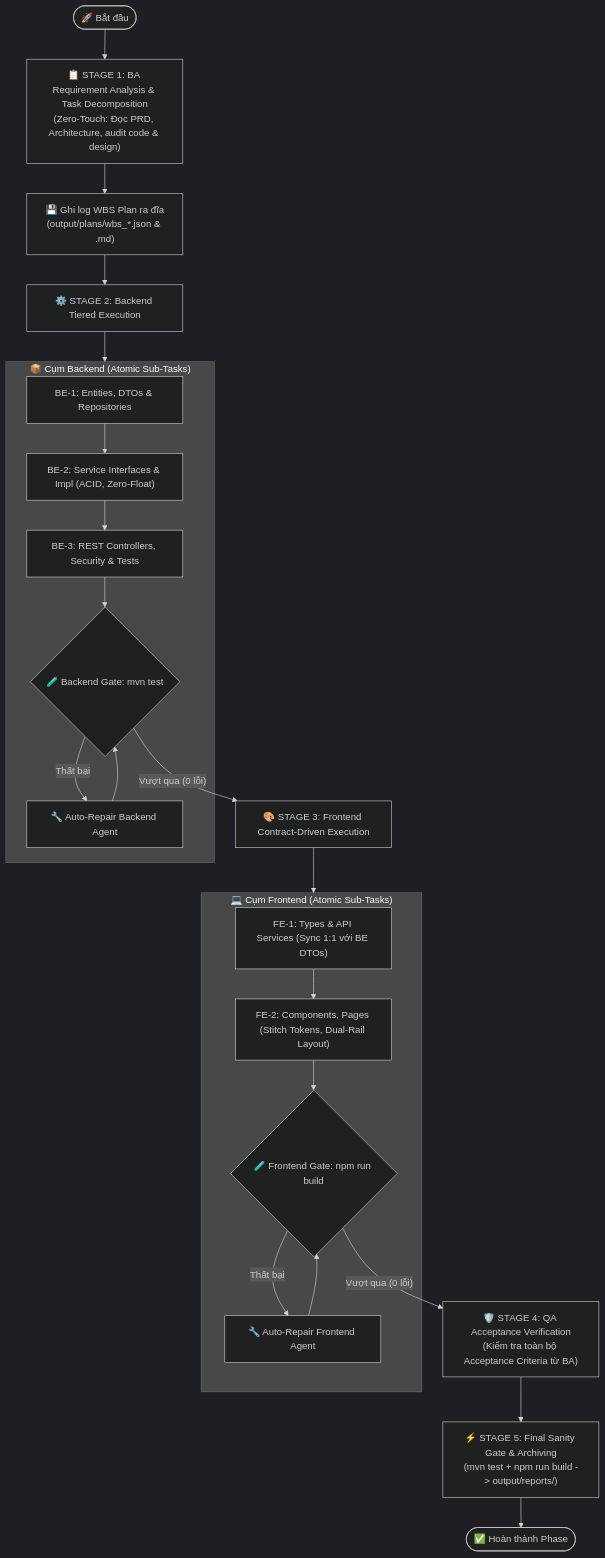
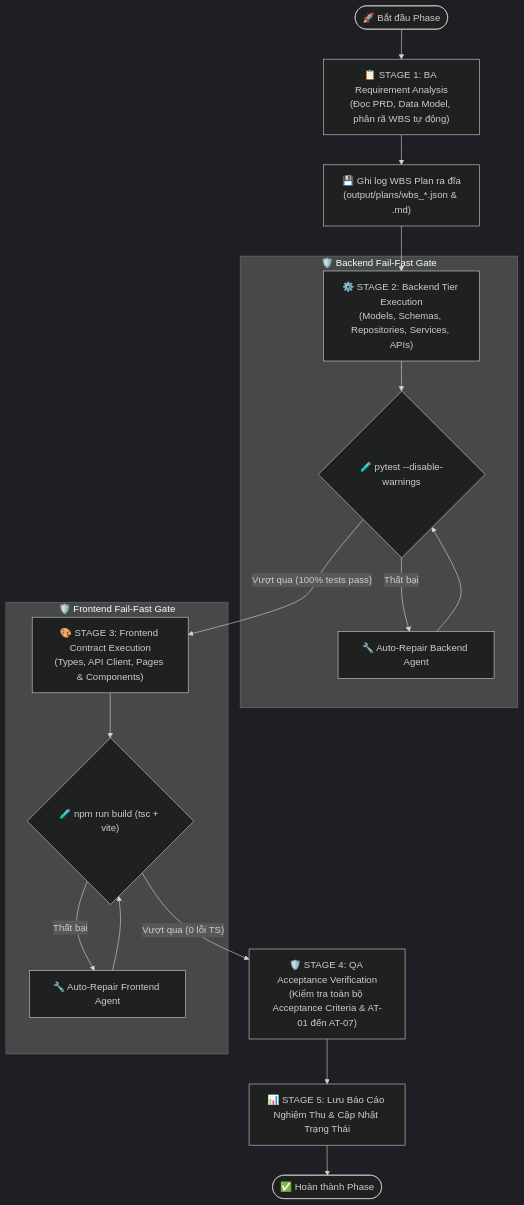
Before and after one commit to Minnut225/CrewAI-Web-builder-v2: the diagram in README.md, drawn with Mermaid (dark theme). The commit also changed other lines of this file, not shown here.

````diff
--- a/README.md
+++ b/README.md
@@ -22,32 +38,26 @@
 ```mermaid
 flowchart TD
-    Start(["🚀 Bắt đầu"]) --> Stage1["📋 STAGE 1: BA Requirement Analysis & Task Decomposition<br/>(Zero-Touch: Đọc PRD, Architecture, audit code & design)"]
+    Start(["🚀 Bắt đầu Phase"]) --> Stage1["📋 STAGE 1: BA Requirement Analysis<br/>(Đọc PRD, Data Model, phân rã WBS tự động)"]
     
     Stage1 --> LogPlan["💾 Ghi log WBS Plan ra đĩa<br/>(output/plans/wbs_*.json & .md)"]
     
-    LogPlan --> Stage2["⚙️ STAGE 2: Backend Tiered Execution"]
+    LogPlan --> Stage2["⚙️ STAGE 2: Backend Tier Execution<br/>(Models, Schemas, Repositories, Services, APIs)"]
     
-    subgraph Backend_Loop ["📦 Cụm Backend (Atomic Sub-Tasks)"]
-        BE1["BE-1: Entities, DTOs & Repositories"] --> BE2["BE-2: Service Interfaces & Impl (ACID, Zero-Float)"]
-        BE2 --> BE3["BE-3: REST Controllers, Security & Tests"]
-        BE3 --> BE_Gate{"🧪 Backend Gate: mvn test"}
-        BE_Gate -- "Thất bại" --> BE_Repair["🔧 Auto-Repair Backend Agent"]
-        BE_Repair --> BE_Gate
+    subgraph Backend_Gate ["🛡️ Backend Fail-Fast Gate"]
+        Stage2 --> BE_Test{"🧪 pytest --disable-warnings"}
+        BE_Test -- "Thất bại" --> BE_Repair["🔧 Auto-Repair Backend Agent"]
+        BE_Repair --> BE_Test
     end
     
-    Stage2 --> Backend_Loop
-    BE_Gate -- "Vượt qua (0 lỗi)" --> Stage3["🎨 STAGE 3: Frontend Contract-Driven Execution"]
+    BE_Test -- "Vượt qua (100% tests pass)" --> Stage3["🎨 STAGE 3: Frontend Contract Execution<br/>(Types, API Client, Pages & Components)"]
     
-    subgraph Frontend_Loop ["💻 Cụm Frontend (Atomic Sub-Tasks)"]
-        FE1["FE-1: Types & API Services (Sync 1:1 với BE DTOs)"] --> FE2["FE-2: Components, Pages (Stitch Tokens, Dual-Rail Layout)"]
-        FE2 --> FE_Gate{"🧪 Frontend Gate: npm run build"}
-        FE_Gate -- "Thất bại" --> FE_Repair["🔧 Auto-Repair Frontend Agent"]
-        FE_Repair --> FE_Gate
+    subgraph Frontend_Gate ["🛡️ Frontend Fail-Fast Gate"]
+        Stage3 --> FE_Build{"🧪 npm run build (tsc + vite)"}
+        FE_Build -- "Thất bại" --> FE_Repair["🔧 Auto-Repair Frontend Agent"]
+        FE_Repair --> FE_Build
     end
     
-    Stage3 --> Frontend_Loop
-    FE_Gate -- "Vượt qua (0 lỗi)" --> Stage4["🛡️ STAGE 4: QA Acceptance Verification<br/>(Kiểm tra toàn bộ Acceptance Criteria từ BA)"]
-    
-    Stage4 --> Stage5["⚡ STAGE 5: Final Sanity Gate & Archiving<br/>(mvn test + npm run build -> output/reports/)"]
+    FE_Build -- "Vượt qua (0 lỗi TS)" --> Stage4["🛡️ STAGE 4: QA Acceptance Verification<br/>(Kiểm tra toàn bộ Acceptance Criteria & AT-01 đến AT-07)"]
+    Stage4 --> Stage5["📊 STAGE 5: Lưu Báo Cáo Nghiệm Thu & Cập Nhật Trạng Thái"]
     Stage5 --> End(["✅ Hoàn thành Phase"])
 ```
````
